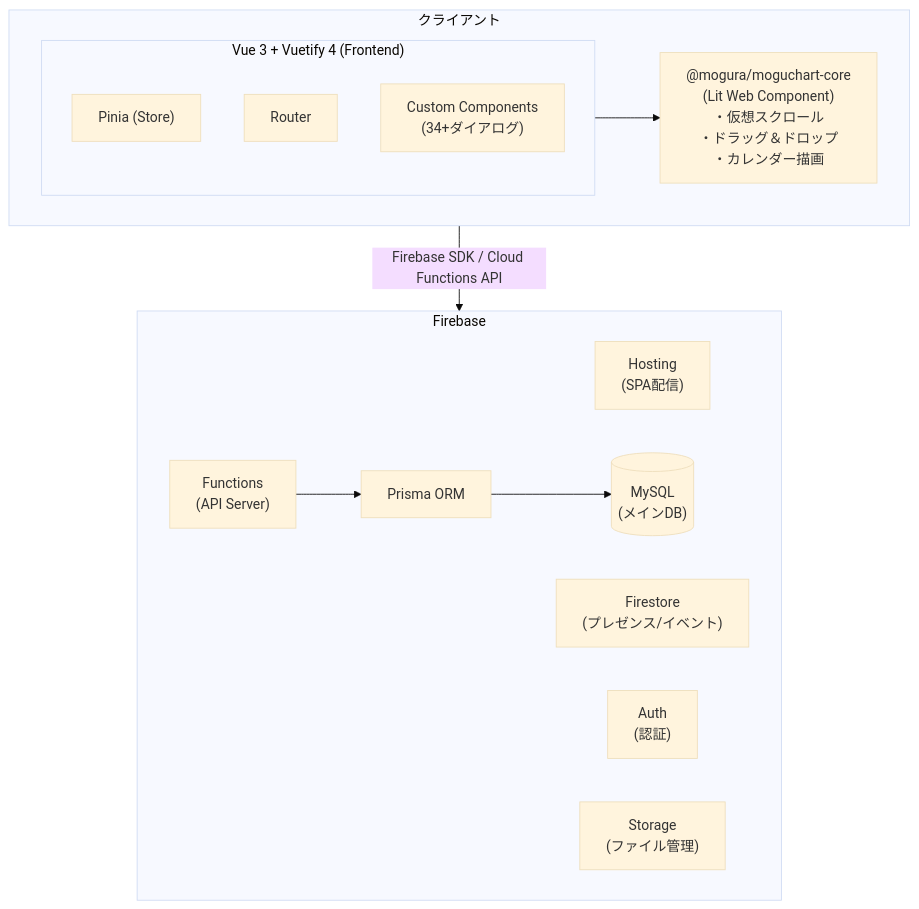
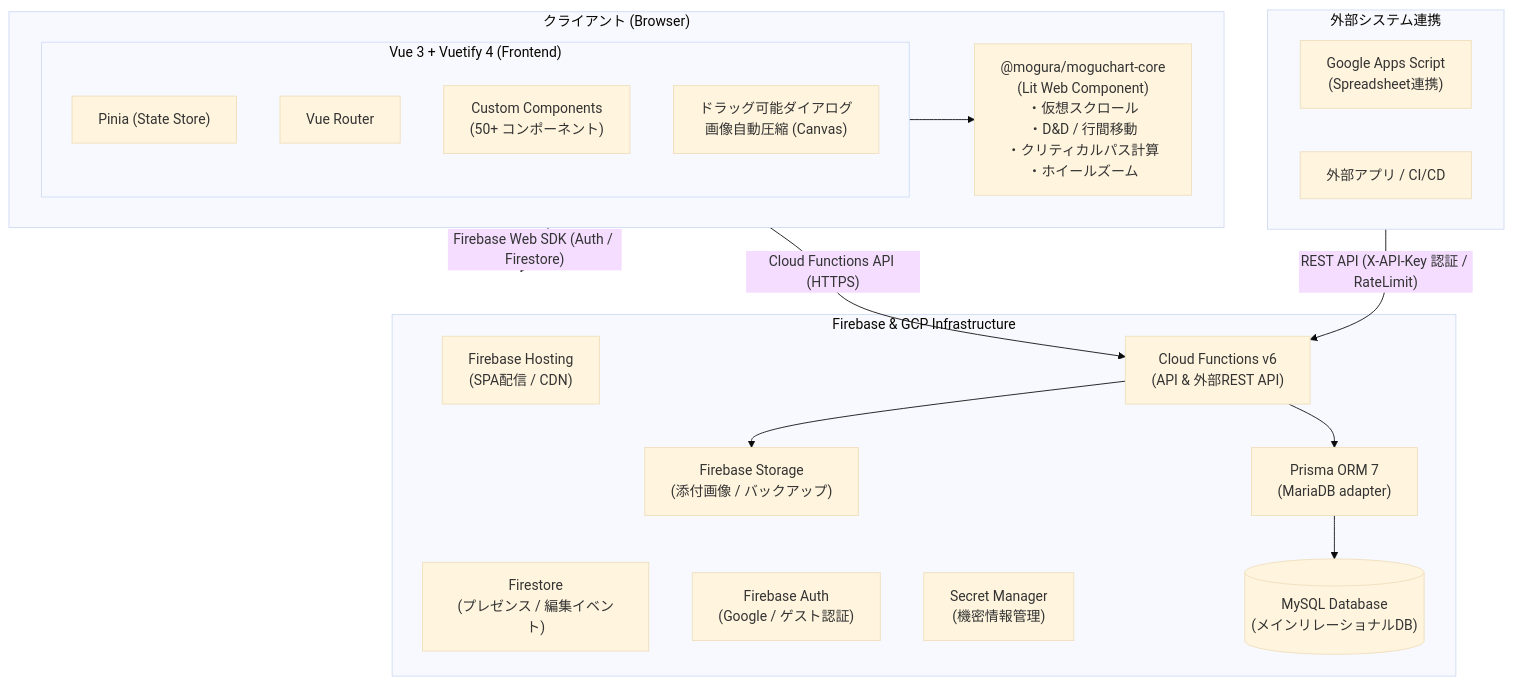
The diagram in public/moguchart-app-architecture.md (hiro-murakami/qiita-content), drawn with Mermaid (base theme) before and after one commit. The commit also changed other lines of this file and 5 other files, not shown here.

````diff
--- a/public/moguchart-app-architecture.md
+++ b/public/moguchart-app-architecture.md
@@ -58,29 +64,39 @@
 ```mermaid
 flowchart TB
-    subgraph Client ["クライアント"]
+    subgraph Client ["クライアント (Browser)"]
         subgraph Frontend ["Vue 3 + Vuetify 4 (Frontend)"]
-            Pinia["Pinia (Store)"]
-            Router["Router"]
-            Custom["Custom Components<br>(34+ダイアログ)"]
+            Pinia["Pinia (State Store)"]
+            Router["Vue Router"]
+            Custom["Custom Components<br>(50+ コンポーネント)"]
+            Draggable["ドラッグ可能ダイアログ<br>画像自動圧縮 (Canvas)"]
         end
 
-        Core["@mogura/moguchart-core<br>(Lit Web Component)<br>・仮想スクロール<br>・ドラッグ＆ドロップ<br>・カレンダー描画"]
+        Core["@mogura/moguchart-core<br>(Lit Web Component)<br>・仮想スクロール<br>・D&D / 行間移動<br>・クリティカルパス計算<br>・ホイールズーム"]
 
         Frontend --> Core
     end
 
-    subgraph Firebase ["Firebase"]
-        Hosting["Hosting<br>(SPA配信)"]
-        Functions["Functions<br>(API Server)"]
-        Firestore["Firestore<br>(プレゼンス/イベント)"]
-        Auth["Auth<br>(認証)"]
-        Prisma["Prisma ORM"]
-        Storage["Storage<br>(ファイル管理)"]
-        MySQL[("MySQL<br>(メインDB)")]
+    subgraph External ["外部システム連携"]
+        GAS["Google Apps Script<br>(Spreadsheet連携)"]
+        ThirdParty["外部アプリ / CI/CD"]
+    end
+
+    subgraph Firebase ["Firebase & GCP Infrastructure"]
+        Hosting["Firebase Hosting<br>(SPA配信 / CDN)"]
+        Functions["Cloud Functions v6<br>(API & 外部REST API)"]
+        Firestore["Firestore<br>(プレゼンス / 編集イベント)"]
+        Auth["Firebase Auth<br>(Google / ゲスト認証)"]
+        Storage["Firebase Storage<br>(添付画像 / バックアップ)"]
+        SecretMgr["Secret Manager<br>(機密情報管理)"]
+        Prisma["Prisma ORM 7<br>(MariaDB adapter)"]
+        MySQL[("MySQL Database<br>(メインリレーショナルDB)")]
 
         Functions --> Prisma
         Prisma --> MySQL
+        Functions --> Storage
     end
 
-    Client -->|"Firebase SDK / Cloud Functions API"| Firebase
+    Client -->|"Firebase Web SDK (Auth / Firestore)"| Firebase
+    Client -->|"Cloud Functions API (HTTPS)"| Functions
+    External -->|"REST API (X-API-Key 認証 / RateLimit)"| Functions
 ```
````
